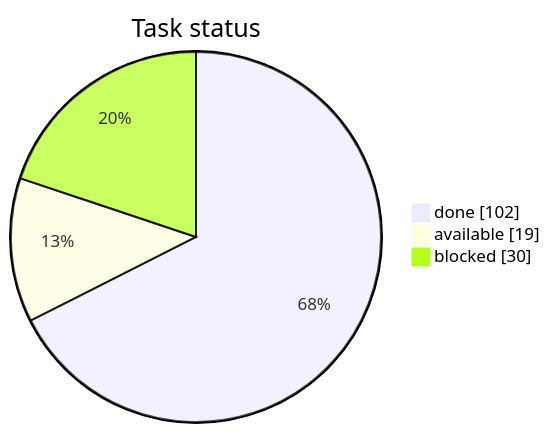
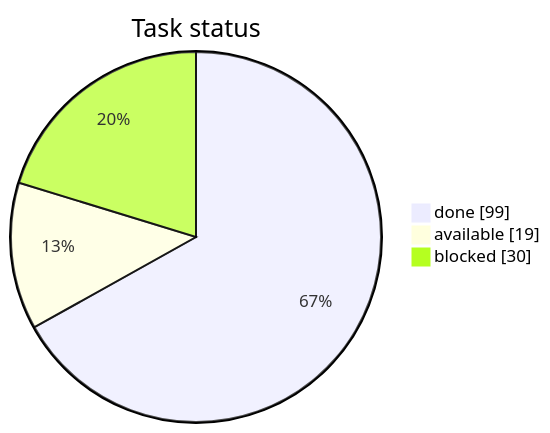
The first of 3 diagrams in STATUS.md (artemiiShabanov/RallyRivals), drawn with Mermaid before and after one commit. The commit also changed other lines of this file and 11 other files, not shown here.

````diff
--- a/STATUS.md
+++ b/STATUS.md
@@ -7,7 +7,7 @@
 ```mermaid
 pie showData
     title Task status
-    "done" : 102
+    "done" : 99
     "available" : 19
     "blocked" : 30
 ```
````
